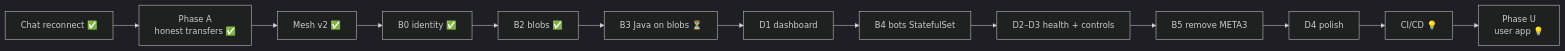
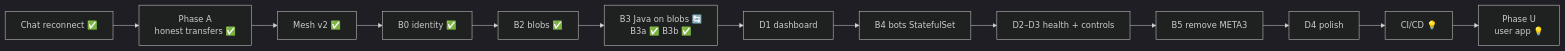
One commit to shobhit157/Aperture changed the diagram in docs/roadmap.md. Above: the diagram before and after it, drawn with Mermaid (dark theme). The commit also changed other lines of this file, not shown here.

First line of the commit message:
Revised roadmap with updated phase statuses

````diff
--- a/docs/roadmap.md
+++ b/docs/roadmap.md
@@ -10,4 +10,4 @@
 ```mermaid
 flowchart LR
-  R[Chat reconnect ✅] --> A[Phase A<br/>honest transfers ✅] --> M[Mesh v2 ✅] --> B0[B0 identity ✅] --> B2[B2 blobs ✅] --> B3[B3 Java on blobs ⏳] --> D1[D1 dashboard] --> B4[B4 bots StatefulSet] --> D23[D2–D3 health + controls] --> B5[B5 remove META3] --> D4[D4 polish] --> CI[CI/CD 💡] --> U[Phase U<br/>user app 💡]
+  R[Chat reconnect ✅] --> A[Phase A<br/>honest transfers ✅] --> M[Mesh v2 ✅] --> B0[B0 identity ✅] --> B2[B2 blobs ✅] --> B3[B3 Java on blobs 🔄<br/>B3a ✅ B3b ✅] --> D1[D1 dashboard] --> B4[B4 bots StatefulSet] --> D23[D2–D3 health + controls] --> B5[B5 remove META3] --> D4[D4 polish] --> CI[CI/CD 💡] --> U[Phase U<br/>user app 💡]
 ```
````
